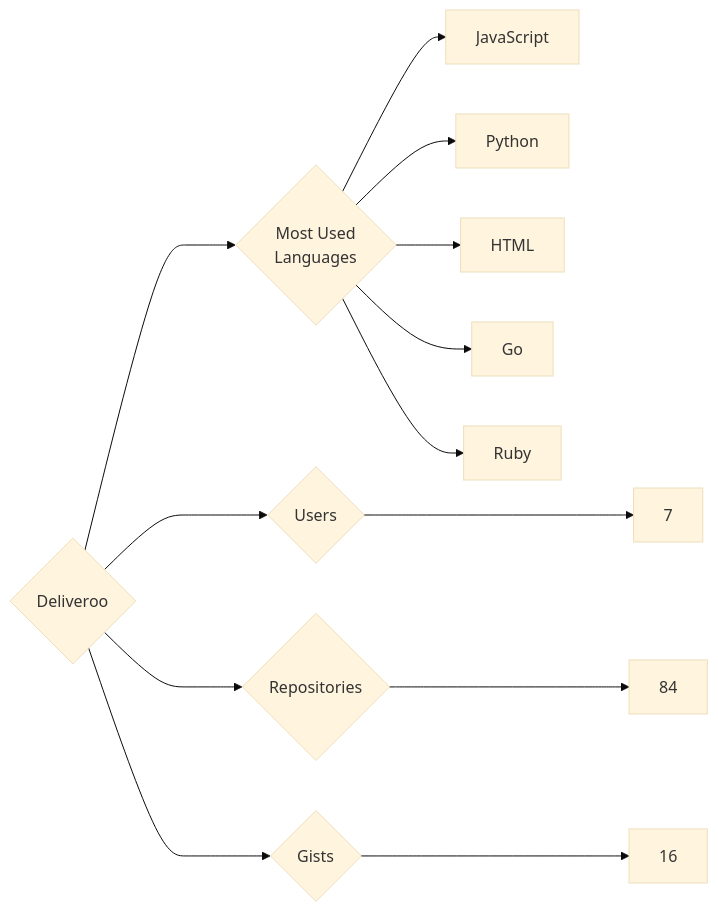
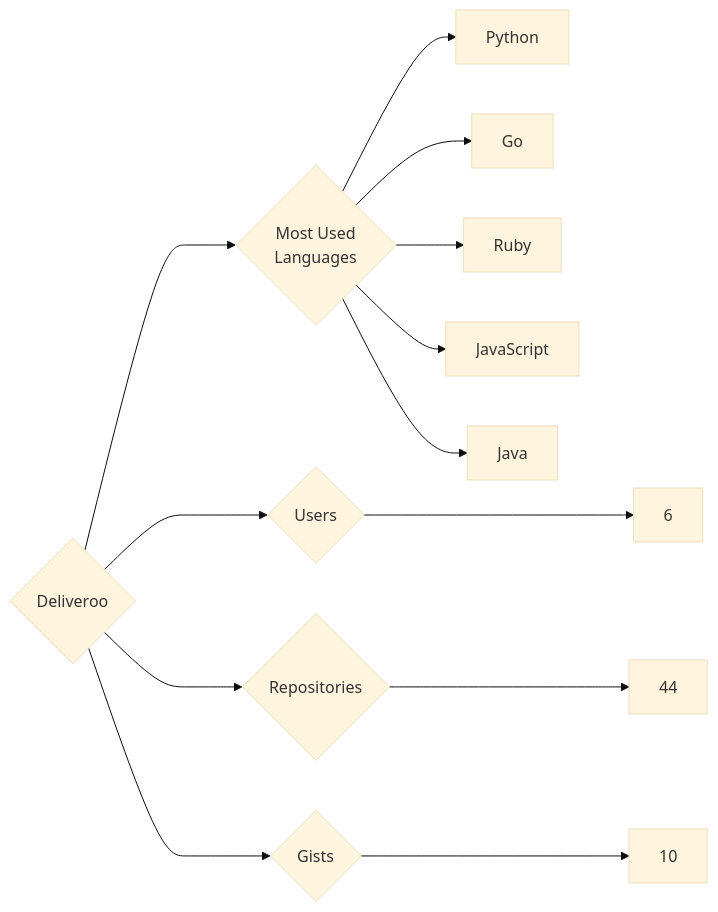
Before and after one commit to trickest/insiders: the diagram in targets/Deliveroo/README.md, drawn with Mermaid (base theme). The commit also changed 1166 other files, not shown here.

````diff
--- a/targets/Deliveroo/README.md
+++ b/targets/Deliveroo/README.md
@@ -3,13 +3,13 @@
 ```mermaid
 graph LR
 COMPANY_NAME{Deliveroo}
-COMPANY_NAME ---> U{Users} ---> UN[7]
-COMPANY_NAME ---> R{Repositories} ---> RN[84]
-COMPANY_NAME ---> G{Gists} ---> GN[16]
+COMPANY_NAME ---> U{Users} ---> UN[6]
+COMPANY_NAME ---> R{Repositories} ---> RN[44]
+COMPANY_NAME ---> G{Gists} ---> GN[10]
 COMPANY_NAME ---> ML{Most Used<br>Languages}
-ML --> JavaScript[JavaScript]
 ML --> Python[Python]
-ML --> HTML[HTML]
 ML --> Go[Go]
 ML --> Ruby[Ruby]
+ML --> JavaScript[JavaScript]
+ML --> Java[Java]
 ```
````
